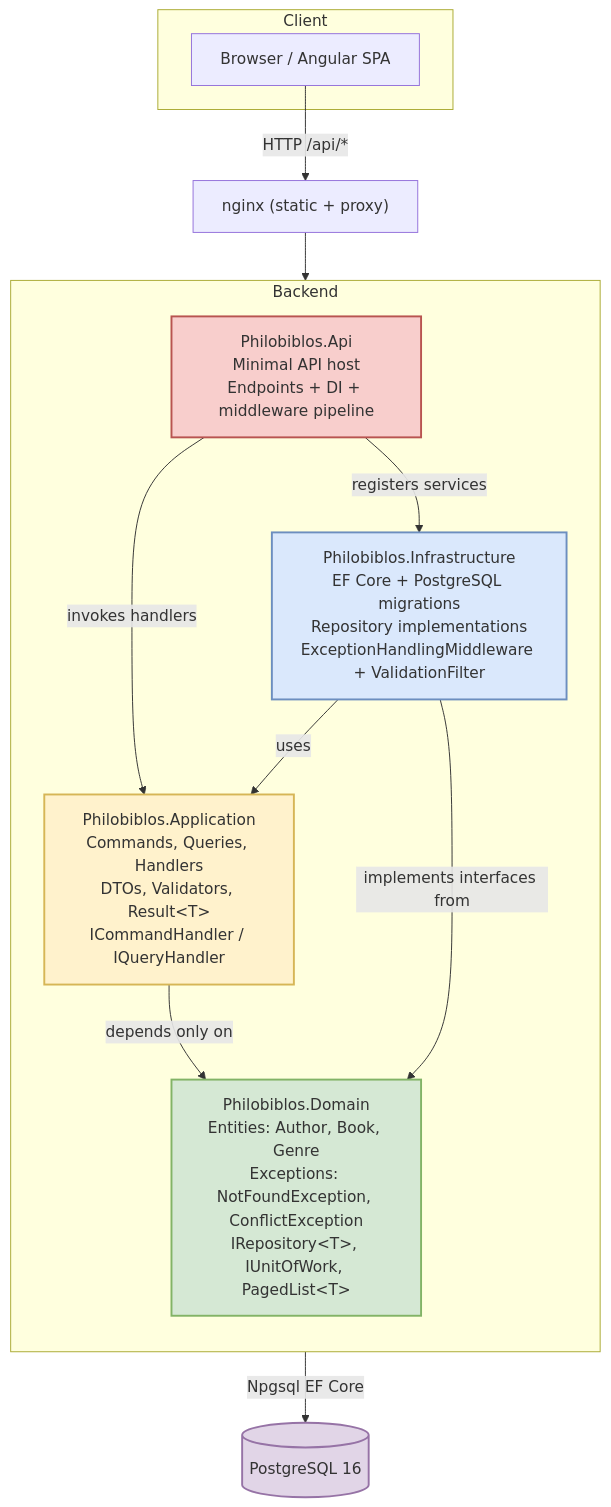
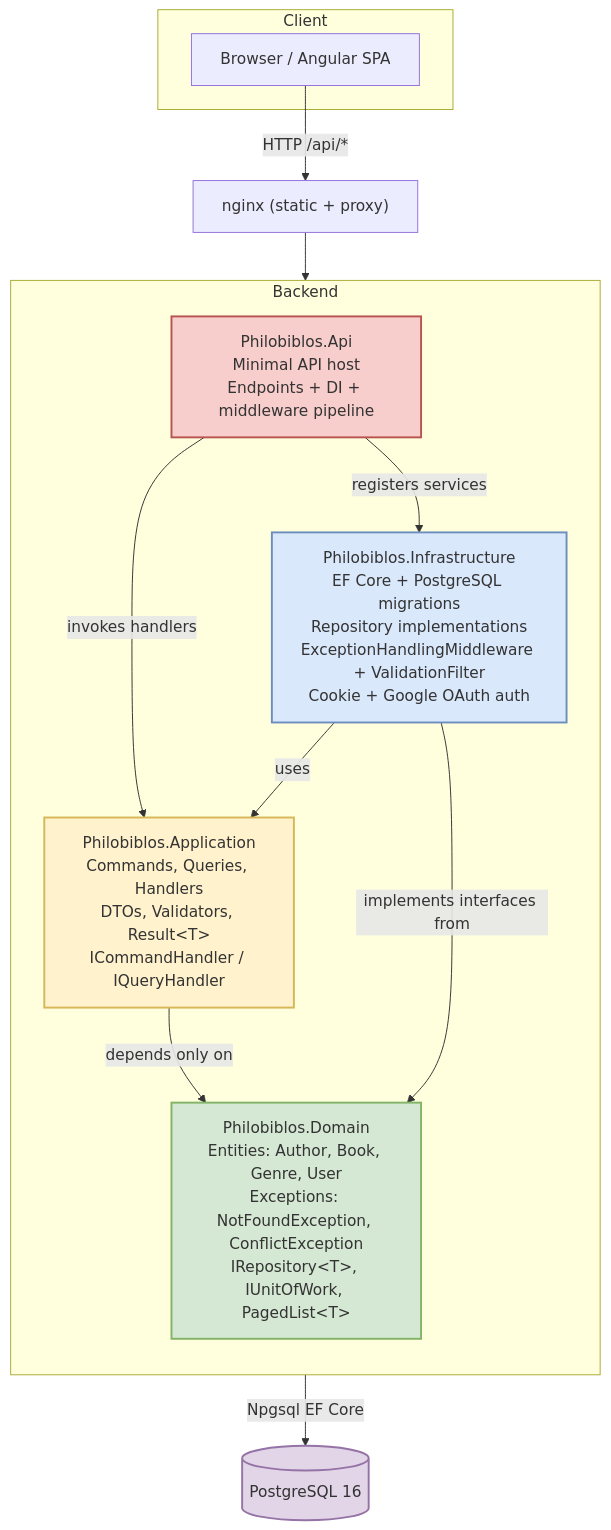
The diagram in README.md (gallindo/philobiblos), drawn with Mermaid before and after one commit. The commit also changed other lines of this file and 67 other files, not shown here.

Commit message:
feat: add Google OAuth authentication and role-based authorization

````diff
--- a/README.md
+++ b/README.md
@@ -76,33 +76,33 @@
 ```mermaid
 flowchart TB
     subgraph Client
         Browser["Browser / Angular SPA"]
     end
 
     Browser -->|HTTP /api/*| Nginx["nginx (static + proxy)"]
 
-    subgraph Backend
+        subgraph Backend
         direction TB
         Api["Philobiblos.Api<br/>Minimal API host<br/>Endpoints + DI + middleware pipeline"]
 
         App["Philobiblos.Application<br/>Commands, Queries, Handlers<br/>DTOs, Validators, Result&lt;T&gt;<br/>ICommandHandler / IQueryHandler"]
 
-        Infra["Philobiblos.Infrastructure<br/>EF Core + PostgreSQL migrations<br/>Repository implementations<br/>ExceptionHandlingMiddleware + ValidationFilter"]
+        Infra["Philobiblos.Infrastructure<br/>EF Core + PostgreSQL migrations<br/>Repository implementations<br/>ExceptionHandlingMiddleware + ValidationFilter<br/>Cookie + Google OAuth auth"]
 
-        Domain["Philobiblos.Domain<br/>Entities: Author, Book, Genre<br/>Exceptions: NotFoundException, ConflictException<br/>IRepository&lt;T&gt;, IUnitOfWork, PagedList&lt;T&gt;"]
+        Domain["Philobiblos.Domain<br/>Entities: Author, Book, Genre, User<br/>Exceptions: NotFoundException, ConflictException<br/>IRepository&lt;T&gt;, IUnitOfWork, PagedList&lt;T&gt;"]
     end
 
     Nginx --> Api
     Api -->|invokes handlers| App
     Api -->|registers services| Infra
     App -->|depends only on| Domain
     Infra -->|implements interfaces from| Domain
     Infra -->|uses| App
     Infra -->|Npgsql EF Core| Postgres[(PostgreSQL 16)]
 
     style Domain fill:#d5e8d4,stroke:#82b366,stroke-width:2px
     style App fill:#fff2cc,stroke:#d6b656,stroke-width:2px
     style Infra fill:#dae8fc,stroke:#6c8ebf,stroke-width:2px
     style Api fill:#f8cecc,stroke:#b85450,stroke-width:2px
     style Postgres fill:#e1d5e7,stroke:#9673a6,stroke-width:2px
 ```
````
